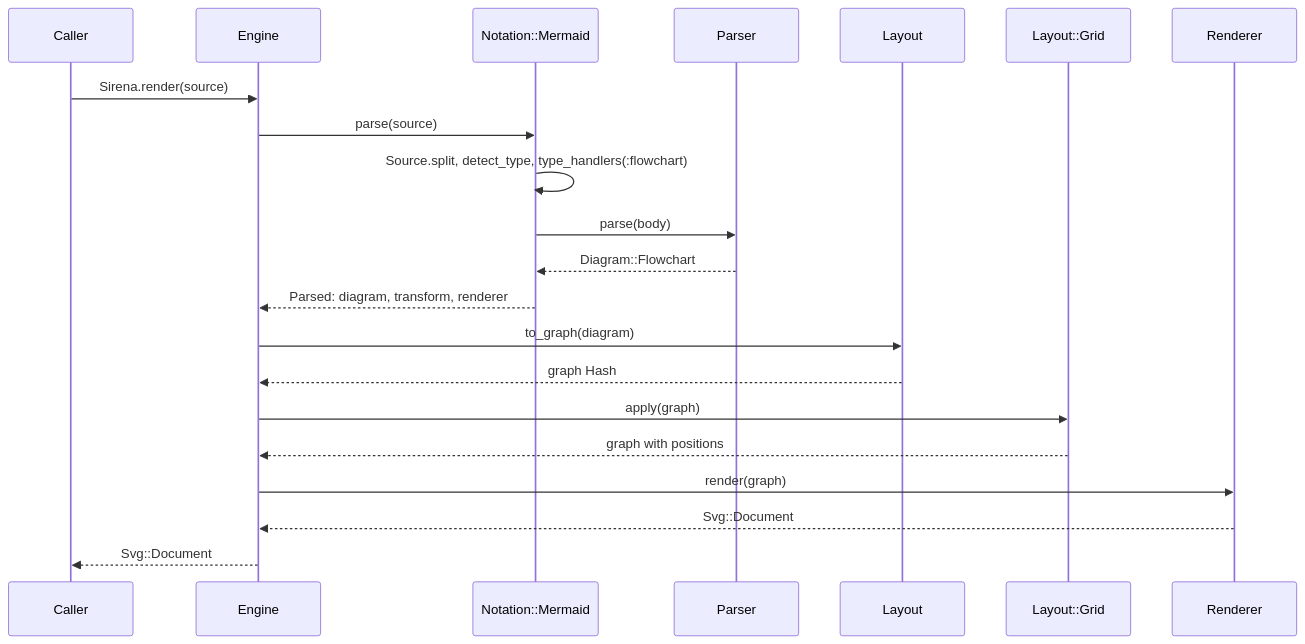
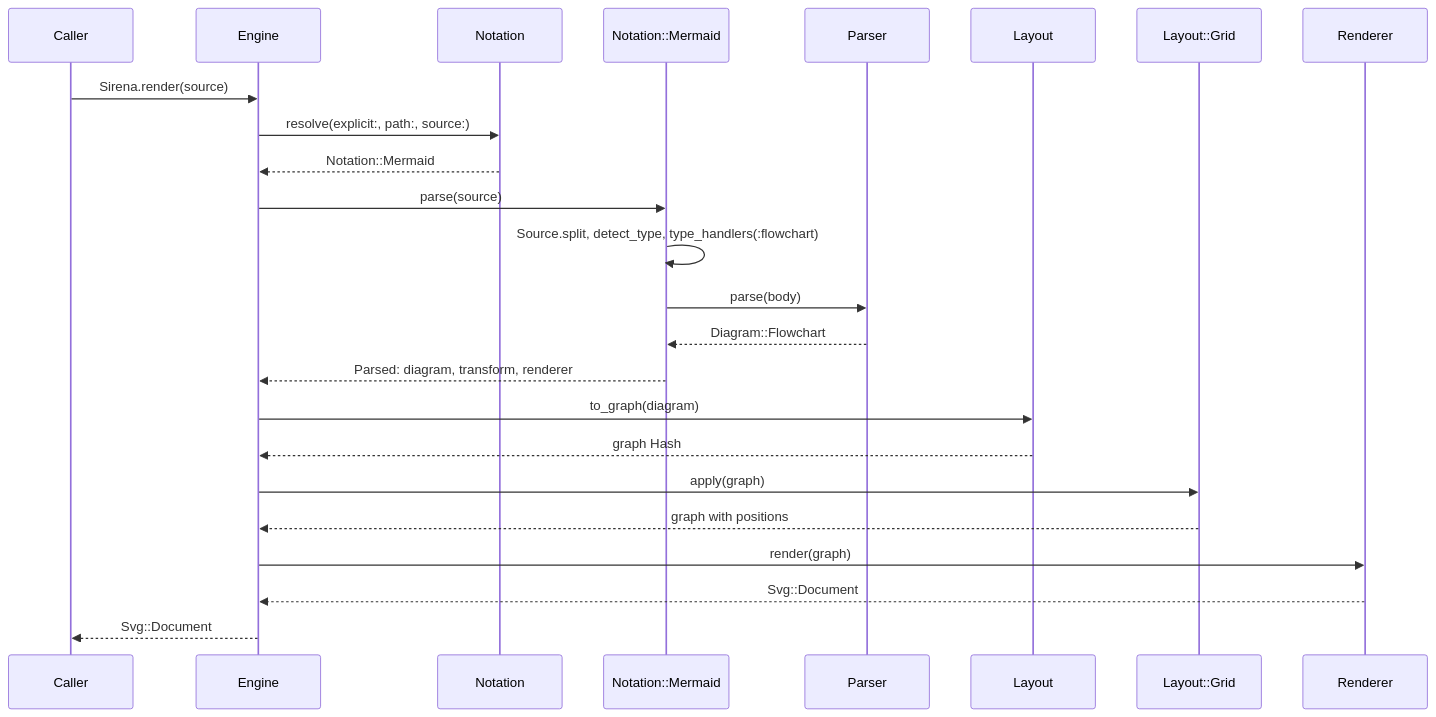
Before and after one commit to claricle/sirena: the second of 3 diagrams in ARCHITECTURE.md, drawn with Mermaid. The commit also changed other lines of this file and 18 other files, not shown here.

````diff
--- a/ARCHITECTURE.md
+++ b/ARCHITECTURE.md
@@ -529,23 +540,26 @@
 ```mermaid
 sequenceDiagram
     participant U as Caller
     participant E as Engine
+    participant R as Notation
     participant N as Notation::Mermaid
     participant P as Parser
     participant T as Layout
     participant L as Layout::Grid
     participant D as Renderer
     U->>E: Sirena.render(source)
+    E->>R: resolve(explicit:, path:, source:)
+    R-->>E: Notation::Mermaid
     E->>N: parse(source)
     N->>N: Source.split, detect_type, type_handlers(:flowchart)
     N->>P: parse(body)
     P-->>N: Diagram::Flowchart
     N-->>E: Parsed: diagram, transform, renderer
     E->>T: to_graph(diagram)
     T-->>E: graph Hash
     E->>L: apply(graph)
     L-->>E: graph with positions
     E->>D: render(graph)
     D-->>E: Svg::Document
     E-->>U: Svg::Document#to_xml string
 ```
````
